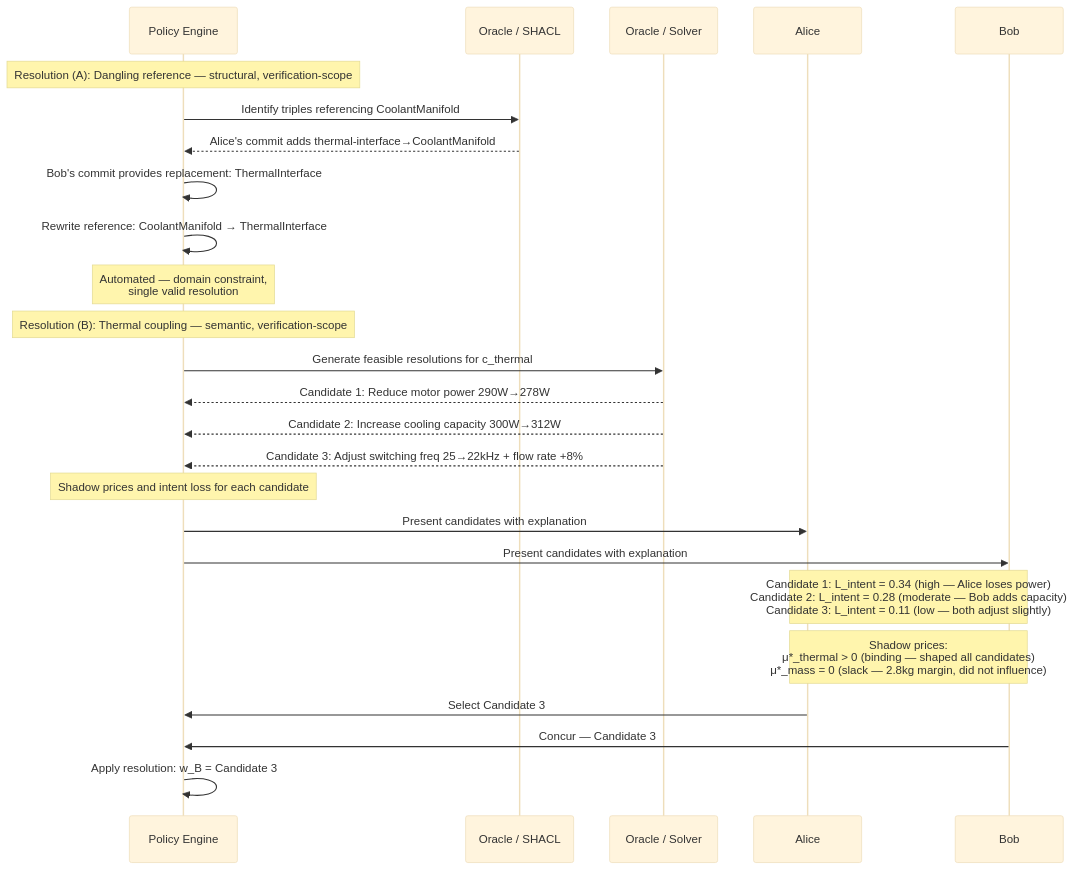
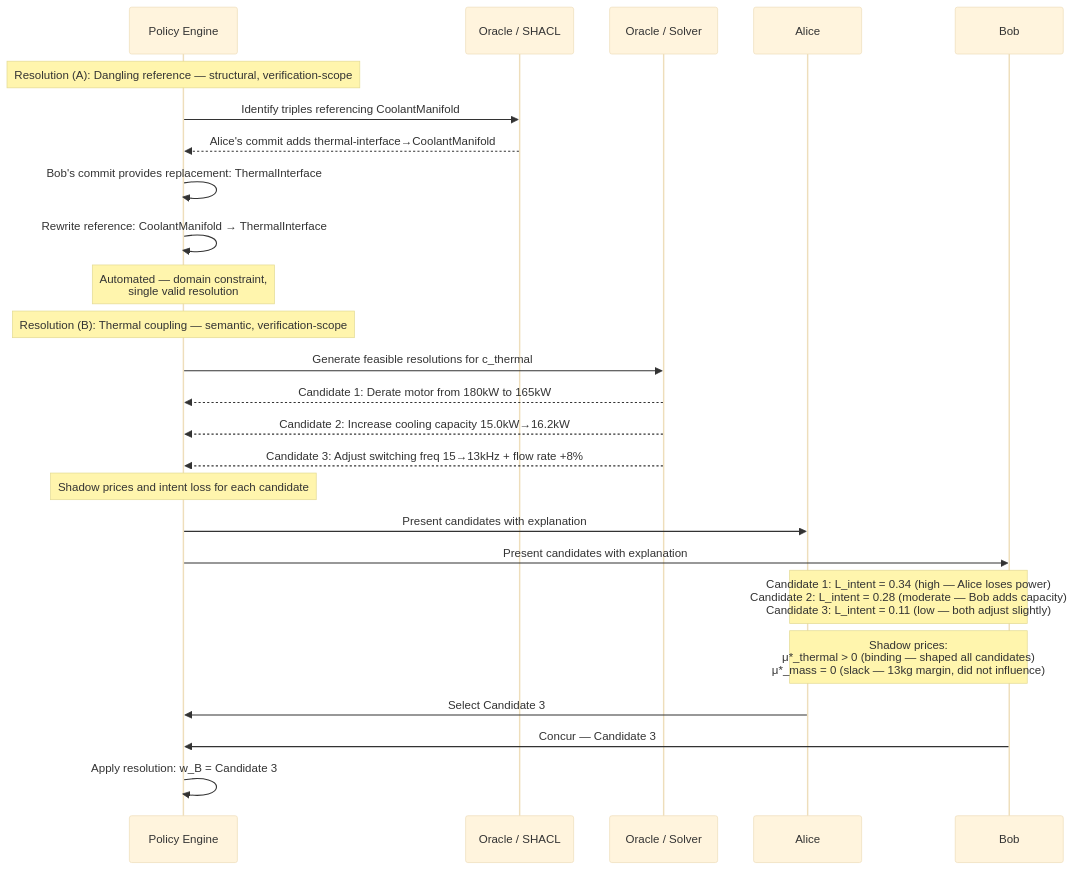
The fourth of 6 diagrams in A Policy-based Approach to Model Lifecycle Management with Flexo.md (mzargham/flexo-conflict-resolution-policy-research), drawn with Mermaid (base theme) before and after one commit. The commit also changed other lines of this file, not shown here.

````diff
--- a/A Policy-based Approach to Model Lifecycle Management with Flexo.md
+++ b/A Policy-based Approach to Model Lifecycle Management with Flexo.md
@@ -204,36 +204,36 @@
 ```mermaid
 sequenceDiagram
     participant PE as Policy Engine
     participant S as Oracle / SHACL
     participant P as Oracle / Solver
     participant A as Alice
     participant B as Bob
 
     Note over PE: Resolution (A): Dangling reference — structural, verification-scope
 
     PE->>S: Identify triples referencing CoolantManifold
     S-->>PE: Alice's commit adds thermal-interface→CoolantManifold
     PE->>PE: Bob's commit provides replacement: ThermalInterface
     PE->>PE: Rewrite reference: CoolantManifold → ThermalInterface
     Note over PE: Automated — domain constraint,<br/>single valid resolution
 
     Note over PE: Resolution (B): Thermal coupling — semantic, verification-scope
 
     PE->>P: Generate feasible resolutions for c_thermal
-    P-->>PE: Candidate 1: Reduce motor power 290W→278W
-    P-->>PE: Candidate 2: Increase cooling capacity 300W→312W
-    P-->>PE: Candidate 3: Adjust switching freq 25→22kHz + flow rate +8%
+    P-->>PE: Candidate 1: Derate motor from 180kW to 165kW
+    P-->>PE: Candidate 2: Increase cooling capacity 15.0kW→16.2kW
+    P-->>PE: Candidate 3: Adjust switching freq 15→13kHz + flow rate +8%
 
     Note over PE: Shadow prices and intent loss for each candidate
 
     PE->>A: Present candidates with explanation
     PE->>B: Present candidates with explanation
 
     Note over A, B: Candidate 1: L_intent = 0.34 (high — Alice loses power)<br/>Candidate 2: L_intent = 0.28 (moderate — Bob adds capacity)<br/>Candidate 3: L_intent = 0.11 (low — both adjust slightly)
 
-    Note over A, B: Shadow prices:<br/>μ*_thermal > 0 (binding — shaped all candidates)<br/>μ*_mass = 0 (slack — 2.8kg margin, did not influence)
+    Note over A, B: Shadow prices:<br/>μ*_thermal > 0 (binding — shaped all candidates)<br/>μ*_mass = 0 (slack — 13kg margin, did not influence)
 
     A->>PE: Select Candidate 3
     B->>PE: Concur — Candidate 3
     PE->>PE: Apply resolution: w_B = Candidate 3
 ```
````
